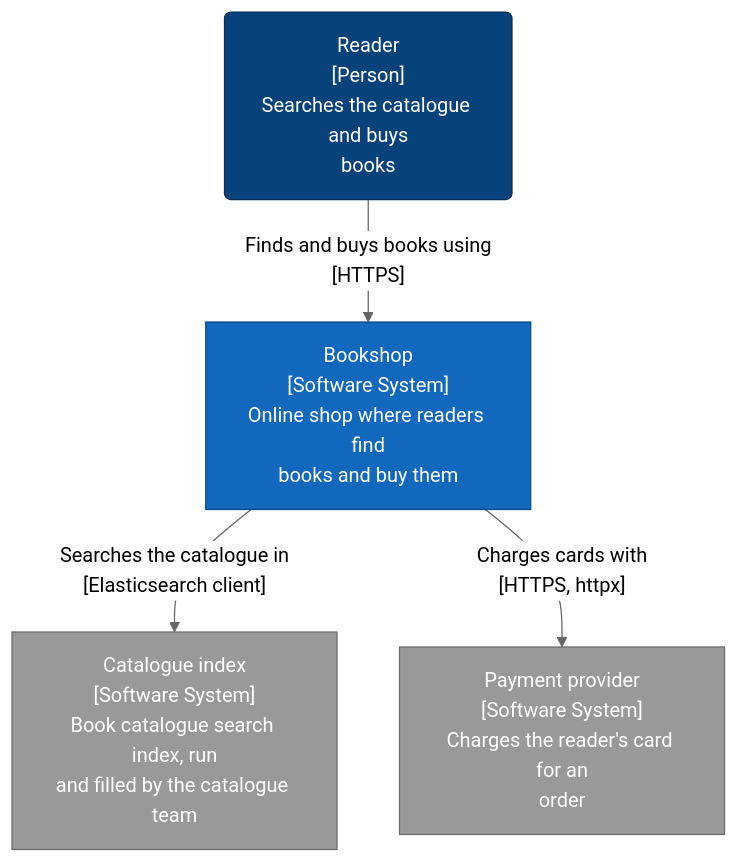
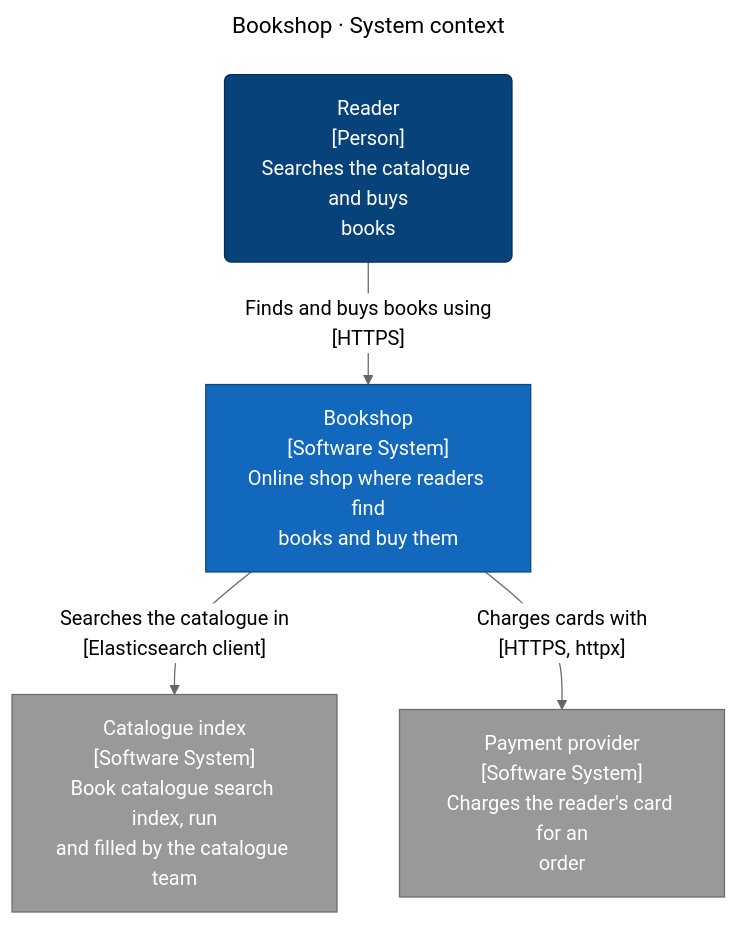
One commit to ythalorossy/architecture-skills changed the first of 8 diagrams in examples/bookshop/ArchitectureReport.md. Above: the diagram before and after it, drawn with Mermaid (neutral theme). The commit also changed other lines of this file and 56 other files, not shown here.

First line of the commit message:
feat(c4): title every diagram and add one Key to the report

````diff
--- a/examples/bookshop/ArchitectureReport.md
+++ b/examples/bookshop/ArchitectureReport.md
@@ -49,19 +64,22 @@
 ```mermaid
+---
+title: "Bookshop · System context"
+---
 flowchart TB
     reader("Reader<br/>[Person]<br/>Searches the catalogue and buys<br/>books")
     system["Bookshop<br/>[Software System]<br/>Online shop where readers find<br/>books and buy them"]
     ext_payments_example["Payment provider<br/>[Software System]<br/>Charges the reader's card for an<br/>order"]
     db_elasticsearch["Catalogue index<br/>[Software System]<br/>Book catalogue search index, run<br/>and filled by the catalogue team"]
     reader -->|"Finds and buys books using<br/>[HTTPS]"| system
     system -->|"Searches the catalogue in<br/>[Elasticsearch client]"| db_elasticsearch
     system -->|"Charges cards with<br/>[HTTPS, httpx]"| ext_payments_example
     classDef person fill:#08427b,stroke:#052e56,color:#ffffff
     classDef container fill:#1168bd,stroke:#0b4884,color:#ffffff
     classDef system fill:#1168bd,stroke:#0b4884,color:#ffffff
     classDef component fill:#85bbf0,stroke:#5d82a8,color:#000000
     classDef external fill:#999999,stroke:#6b6b6b,color:#ffffff
     classDef shared fill:#dbe9f6,stroke:#5d82a8,color:#000000,stroke-dasharray:4 3
     class reader person
     class system system
     class ext_payments_example,db_elasticsearch external
 ```
````
